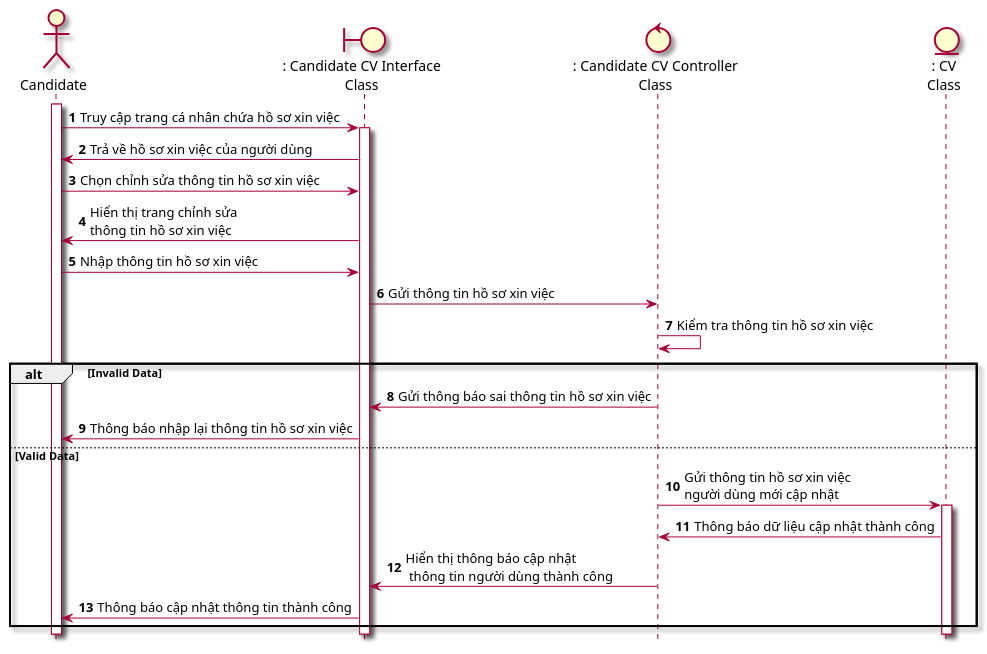
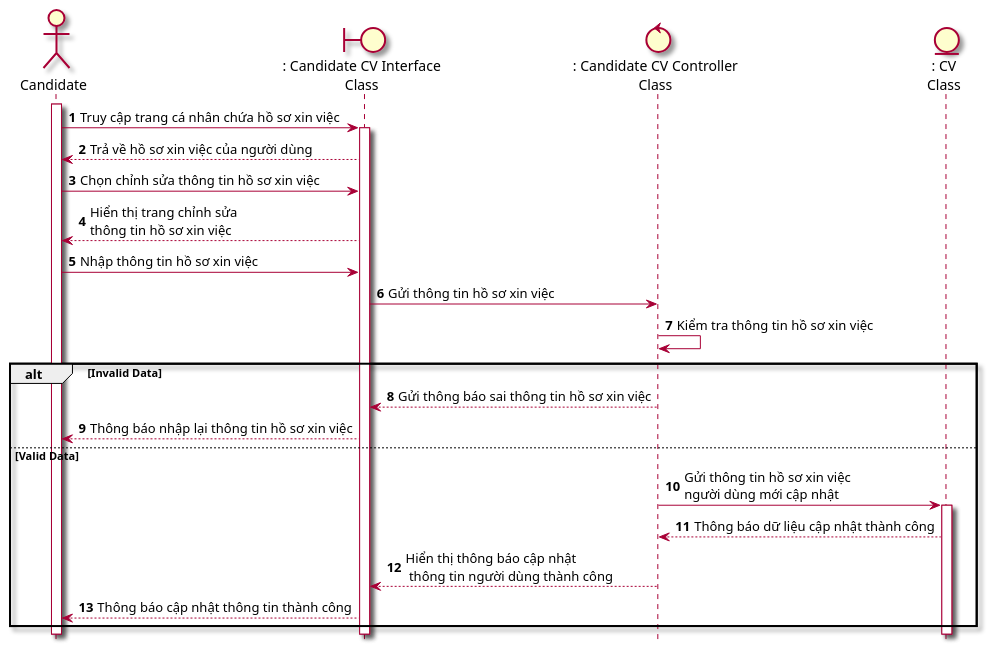
Before and after one commit to Griselda4774/EAS-EmploymentAssistanceSystem: the diagram in Lab1/Lab 1.2 Diagram/Sequence/FilePUML/6.2 SeqQuanLyHoSoXinViec.puml, drawn with PlantUML. The commit also changed 40 other files, not shown here.

Commit message:
Change Sequence diagram

```diff
--- a/Lab1/Lab 1.2 Diagram/Sequence/FilePUML/6.2 SeqQuanLyHoSoXinViec.puml
+++ b/Lab1/Lab 1.2 Diagram/Sequence/FilePUML/6.2 SeqQuanLyHoSoXinViec.puml
@@ -1,26 +1,26 @@
 @startuml SeqQuanLyHoSoXinViec
 skin rose
 hide footbox
 actor candidate as "Candidate"
 boundary candidateInterface as ": Candidate CV Interface\nClass"
 control cVController as ": Candidate CV Controller\nClass"
 entity CV as ": CV\nClass"
 autonumber
 candidate++
 candidate-> candidateInterface++: Truy cập trang cá nhân chứa hồ sơ xin việc
-candidateInterface->candidate: Trả về hồ sơ xin việc của người dùng
+candidateInterface-->candidate: Trả về hồ sơ xin việc của người dùng
 candidate-> candidateInterface: Chọn chỉnh sửa thông tin hồ sơ xin việc
-candidateInterface-> candidate: Hiển thị trang chỉnh sửa\nthông tin hồ sơ xin việc
+candidateInterface--> candidate: Hiển thị trang chỉnh sửa\nthông tin hồ sơ xin việc
 candidate -> candidateInterface: Nhập thông tin hồ sơ xin việc
 candidateInterface->cVController: Gửi thông tin hồ sơ xin việc
 cVController->cVController: Kiểm tra thông tin hồ sơ xin việc
 alt Invalid Data
-cVController->candidateInterface: Gửi thông báo sai thông tin hồ sơ xin việc
-candidateInterface -> candidate: Thông báo nhập lại thông tin hồ sơ xin việc
+cVController-->candidateInterface: Gửi thông báo sai thông tin hồ sơ xin việc
+candidateInterface --> candidate: Thông báo nhập lại thông tin hồ sơ xin việc
 else Valid Data
 cVController -> CV++: Gửi thông tin hồ sơ xin việc \nngười dùng mới cập nhật
-CV -> cVController: Thông báo dữ liệu cập nhật thành công
-cVController -> candidateInterface: Hiển thị thông báo cập nhật\n thông tin người dùng thành công
-candidateInterface -> candidate: Thông báo cập nhật thông tin thành công
+CV --> cVController: Thông báo dữ liệu cập nhật thành công
+cVController --> candidateInterface: Hiển thị thông báo cập nhật\n thông tin người dùng thành công
+candidateInterface --> candidate: Thông báo cập nhật thông tin thành công
 end
 @enduml
```
